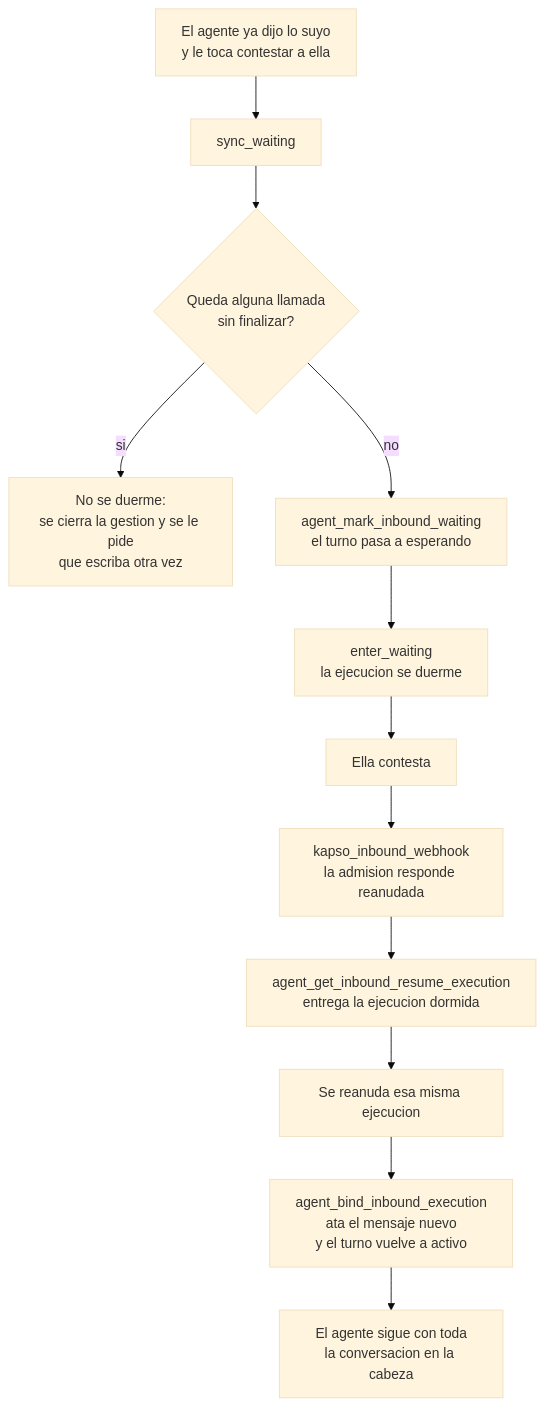
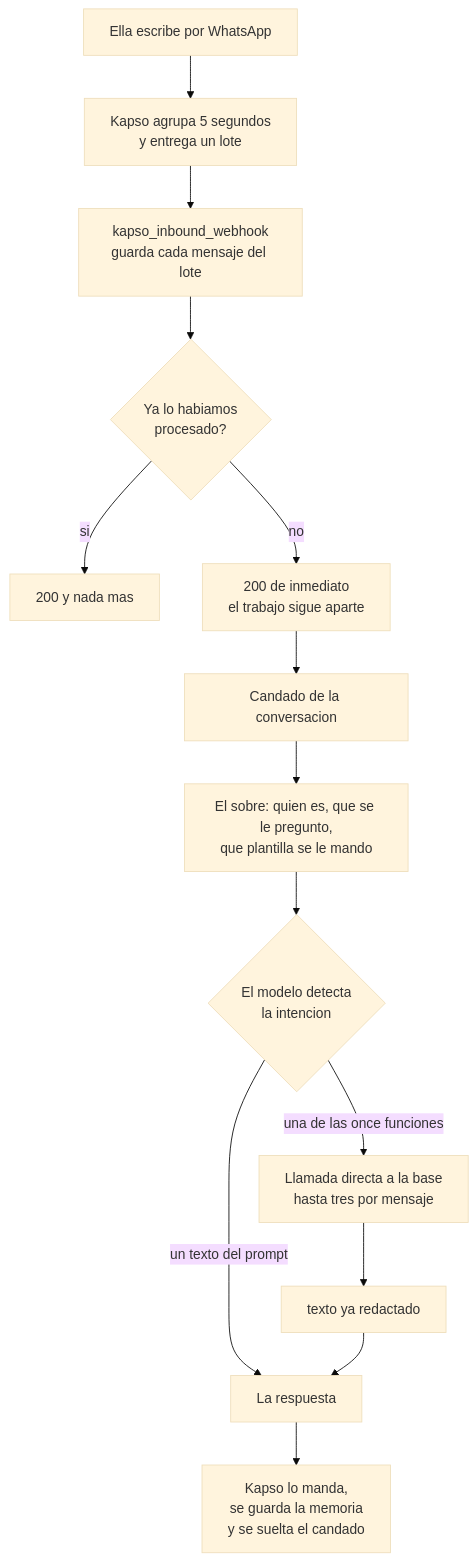
The diagram in docs/07-portero.md (meagendamx-a11y/agente_ia_pseudocodigo), drawn with Mermaid (base theme) before and after one commit. The commit also changed other lines of this file and 11 other files, not shown here.

````diff
--- a/docs/07-portero.md
+++ b/docs/07-portero.md
@@ -217,14 +49,16 @@
 ```mermaid
 flowchart TD
-    A["El agente ya dijo lo suyo<br/>y le toca contestar a ella"] --> B["sync_waiting"]
-    B --> C{"Queda alguna llamada<br/>sin finalizar?"}
-    C -->|"si"| D["No se duerme:<br/>se cierra la gestion y se le pide<br/>que escriba otra vez"]
-    C -->|"no"| E["agent_mark_inbound_waiting<br/>el turno pasa a esperando"]
-    E --> F["enter_waiting<br/>la ejecucion se duerme"]
-    F --> G["Ella contesta"]
-    G --> H["kapso_inbound_webhook<br/>la admision responde reanudada"]
-    H --> I["agent_get_inbound_resume_execution<br/>entrega la ejecucion dormida"]
-    I --> J["Se reanuda esa misma ejecucion"]
-    J --> K["agent_bind_inbound_execution<br/>ata el mensaje nuevo<br/>y el turno vuelve a activo"]
-    K --> L["El agente sigue con toda<br/>la conversacion en la cabeza"]
+    A["Ella escribe por WhatsApp"] --> B["Kapso agrupa 5 segundos<br/>y entrega un lote"]
+    B --> C["kapso_inbound_webhook<br/>guarda cada mensaje del lote"]
+    C --> D{"Ya lo habiamos<br/>procesado?"}
+    D -->|"si"| E["200 y nada mas"]
+    D -->|"no"| F["200 de inmediato<br/>el trabajo sigue aparte"]
+    F --> G["Candado de la conversacion"]
+    G --> H["El sobre: quien es, que se le pregunto,<br/>que plantilla se le mando"]
+    H --> I{"El modelo detecta<br/>la intencion"}
+    I -->|"un texto del prompt"| L["La respuesta"]
+    I -->|"una de las once funciones"| J["Llamada directa a la base<br/>hasta tres por mensaje"]
+    J --> K["texto ya redactado"]
+    K --> L
+    L --> M["Kapso lo manda,<br/>se guarda la memoria<br/>y se suelta el candado"]
 ```
````
